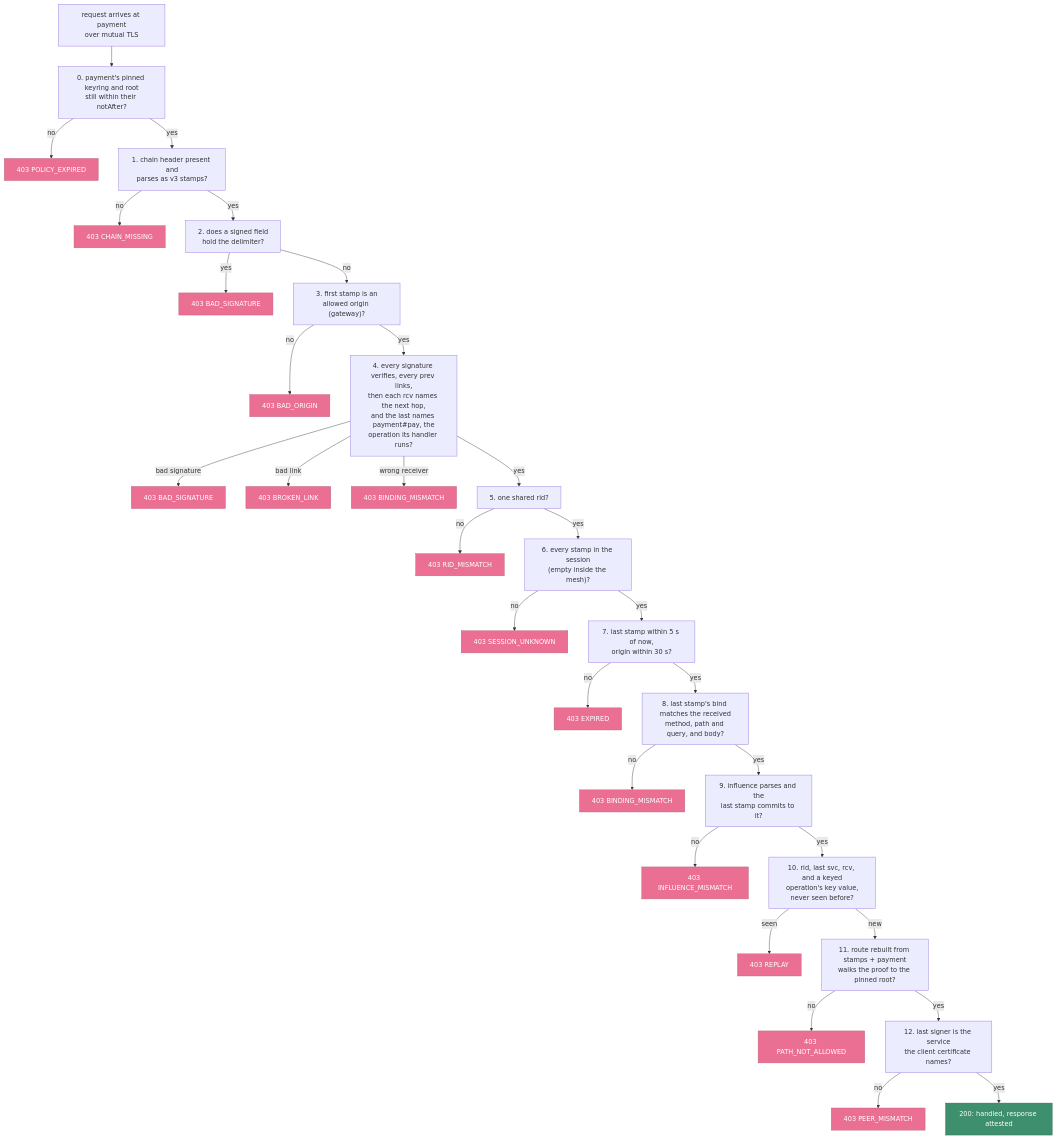
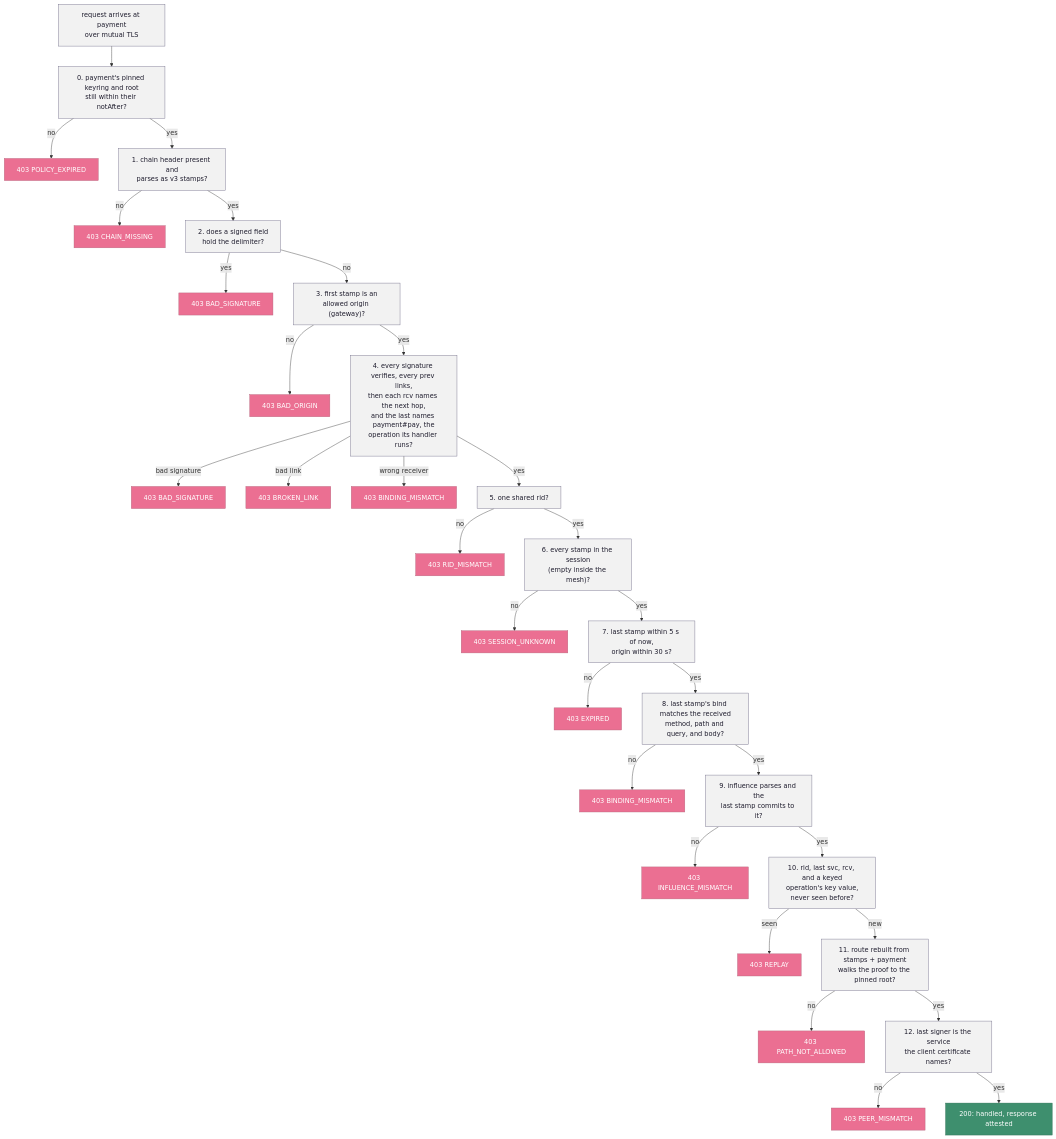
The fifth of 7 diagrams in poc-demos/java-mesh/README.md (dumbsly/paztport), drawn with Mermaid before and after one commit. The commit also changed other lines of this file and 1 other file, not shown here.

Commit message:
docs: give every node in the classed Mermaid diagrams a class, so dark mode shows their text
In the Merkle tree and the Java mesh's two decision flowcharts, the nodes
with no class of their own drew dark text on a dark fill under GitHub's
dark theme. A plain class, light fill and dark text, now covers them;
the tree's siblings get the same dark text as the other classed nodes.

````diff
--- a/poc-demos/java-mesh/README.md
+++ b/poc-demos/java-mesh/README.md
@@ -384,37 +384,39 @@
 ```mermaid
 flowchart TD
     A["request arrives at payment<br/>over mutual TLS"] --> S0["0. payment's pinned keyring and root<br/>still within their notAfter?"]
     S0 -->|no| R0["403 POLICY_EXPIRED"]
     S0 -->|yes| S1["1. chain header present and<br/>parses as v3 stamps?"]
     S1 -->|no| R1["403 CHAIN_MISSING"]
     S1 -->|yes| S2["2. does a signed field<br/>hold the delimiter?"]
     S2 -->|yes| R2["403 BAD_SIGNATURE"]
     S2 -->|no| S3["3. first stamp is an<br/>allowed origin (gateway)?"]
     S3 -->|no| R3["403 BAD_ORIGIN"]
     S3 -->|yes| S4["4. every signature verifies, every prev links,<br/>then each rcv names the next hop,<br/>and the last names payment#pay, the<br/>operation its handler runs?"]
     S4 -->|bad signature| R4a["403 BAD_SIGNATURE"]
     S4 -->|bad link| R4b["403 BROKEN_LINK"]
     S4 -->|wrong receiver| R4c["403 BINDING_MISMATCH"]
     S4 -->|yes| S5["5. one shared rid?"]
     S5 -->|no| R5["403 RID_MISMATCH"]
     S5 -->|yes| S6["6. every stamp in the session<br/>(empty inside the mesh)?"]
     S6 -->|no| R6["403 SESSION_UNKNOWN"]
     S6 -->|yes| S7["7. last stamp within 5 s of now,<br/>origin within 30 s?"]
     S7 -->|no| R7["403 EXPIRED"]
     S7 -->|yes| S8["8. last stamp's bind matches the received<br/>method, path and query, and body?"]
     S8 -->|no| R8["403 BINDING_MISMATCH"]
     S8 -->|yes| S9["9. influence parses and the<br/>last stamp commits to it?"]
     S9 -->|no| R9["403 INFLUENCE_MISMATCH"]
     S9 -->|yes| S10["10. rid, last svc, rcv, and a keyed<br/>operation's key value,<br/>never seen before?"]
     S10 -->|seen| R10["403 REPLAY"]
     S10 -->|new| S11["11. route rebuilt from stamps + payment<br/>walks the proof to the pinned root?"]
     S11 -->|no| R11["403 PATH_NOT_ALLOWED"]
     S11 -->|yes| S12["12. last signer is the service<br/>the client certificate names?"]
     S12 -->|no| R12["403 PEER_MISMATCH"]
     S12 -->|yes| OK["200: handled, response attested"]
 
+    classDef plain fill:#f2f2f2,stroke:#6e6a86,color:#1f1d2e,stroke-width:1px
     classDef reject fill:#eb6f92,stroke:#b4637a,color:#ffffff
     classDef pass fill:#3e8f6e,stroke:#2a6b52,color:#ffffff
     class R0,R1,R2,R3,R4a,R4b,R4c,R5,R6,R7,R8,R9,R10,R11,R12 reject
     class OK pass
+    class A,S0,S1,S2,S3,S4,S5,S6,S7,S8,S9,S10,S11,S12 plain
 ```
````
